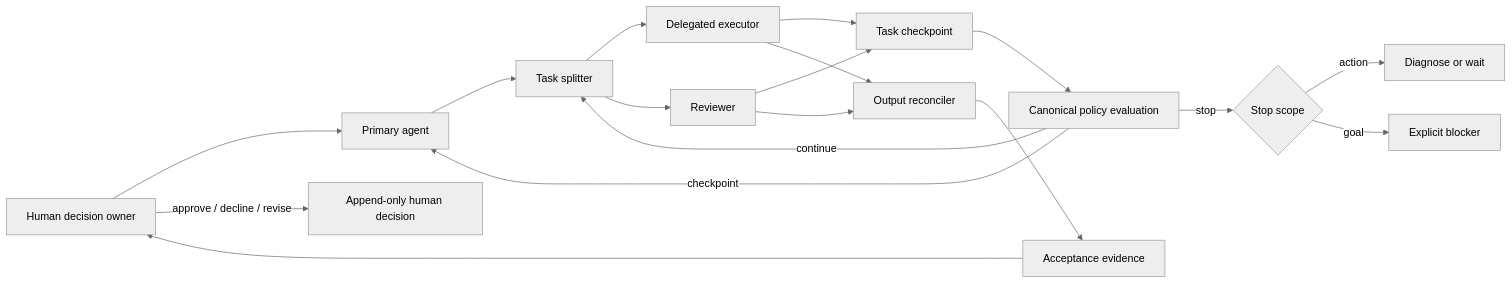
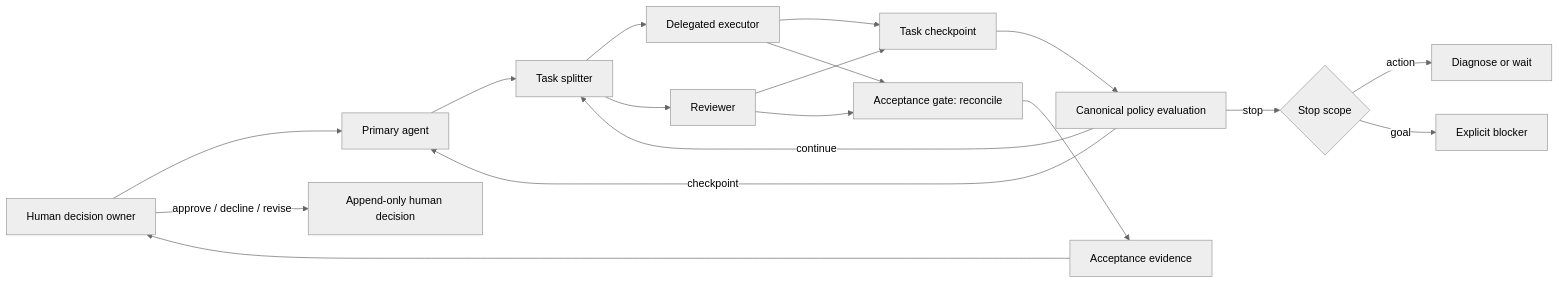
The diagram in README.md (WenyuChiou/agent-collab-skills), drawn with Mermaid (neutral theme) before and after one commit. The commit also changed other lines of this file and 45 other files, not shown here.

````diff
--- a/README.md
+++ b/README.md
@@ -15,20 +15,20 @@
 ```mermaid
 flowchart LR
     H[Human decision owner] --> P[Primary agent]
     P --> S[Task splitter]
     S --> E[Delegated executor]
     S --> R[Reviewer]
     E --> C[Task checkpoint]
     R --> C
     C --> Y[Canonical policy evaluation]
     Y -->|continue| S
     Y -->|checkpoint| P
     Y -->|stop| Q{Stop scope}
     Q -->|action| X[Diagnose or wait]
     Q -->|goal| B[Explicit blocker]
-    E --> O[Output reconciler]
+    E --> O[Acceptance gate: reconcile]
     R --> O
     O --> A[Acceptance evidence]
     A --> H
     H -->|approve / decline / revise| D[Append-only human decision]
 ```
````
